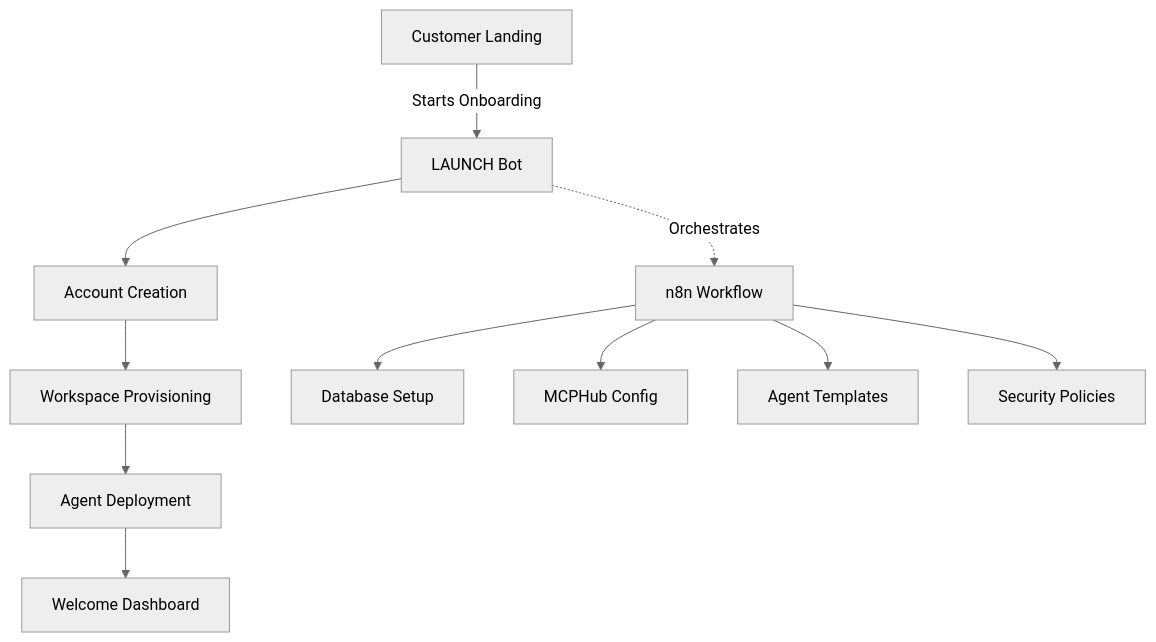
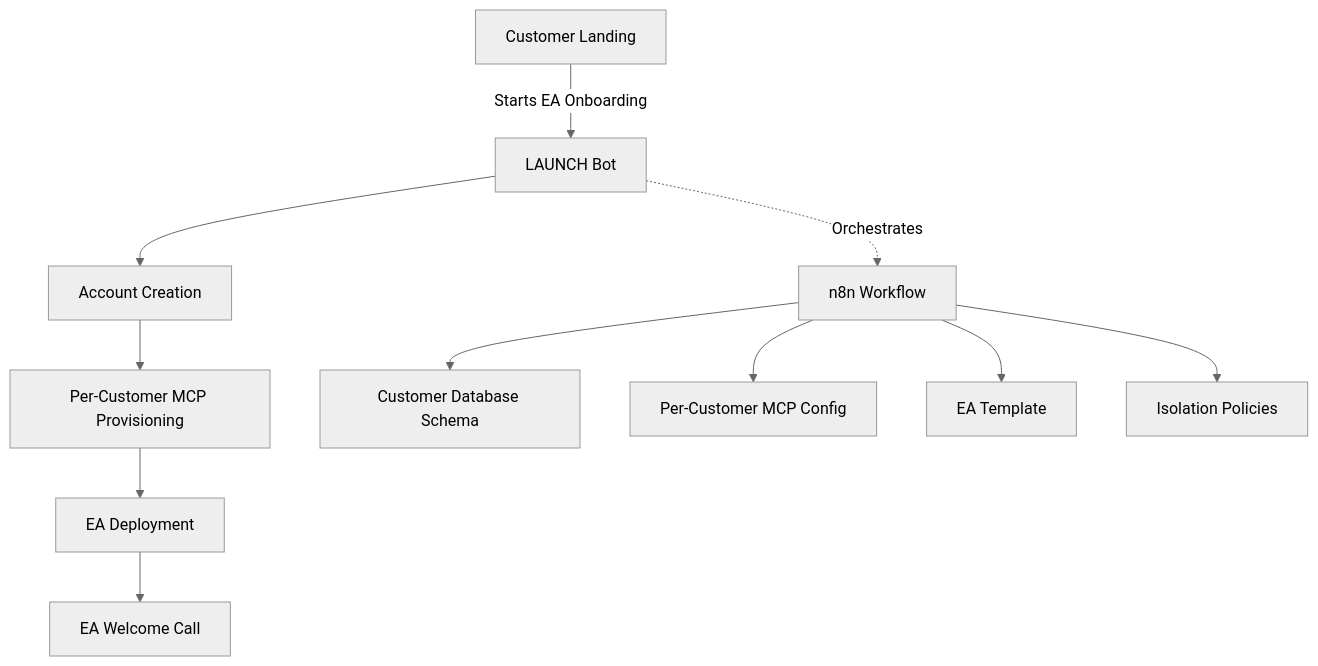
The diagram in docs/architecture/LAUNCH-Bot-Architecture.md (jjaguirr/ai-agency-platform), drawn with Mermaid (neutral theme) before and after one commit. The commit also changed other lines of this file and 4 other files, not shown here.

````diff
--- a/docs/architecture/LAUNCH-Bot-Architecture.md
+++ b/docs/architecture/LAUNCH-Bot-Architecture.md
@@ -9,14 +9,14 @@
 ```mermaid
 graph TD
-    A[Customer Landing] -->|Starts Onboarding| B[LAUNCH Bot]
+    A[Customer Landing] -->|Starts EA Onboarding| B[LAUNCH Bot]
     B --> C[Account Creation]
-    C --> D[Workspace Provisioning]
-    D --> E[Agent Deployment]
-    E --> F[Welcome Dashboard]
+    C --> D[Per-Customer MCP Provisioning]
+    D --> E[EA Deployment]
+    E --> F[EA Welcome Call]
     
     B -.->|Orchestrates| G[n8n Workflow]
-    G --> H[Database Setup]
-    G --> I[MCPHub Config]
-    G --> J[Agent Templates]
-    G --> K[Security Policies]
+    G --> H[Customer Database Schema]
+    G --> I[Per-Customer MCP Config]
+    G --> J[EA Template]
+    G --> K[Isolation Policies]
 ```
````
